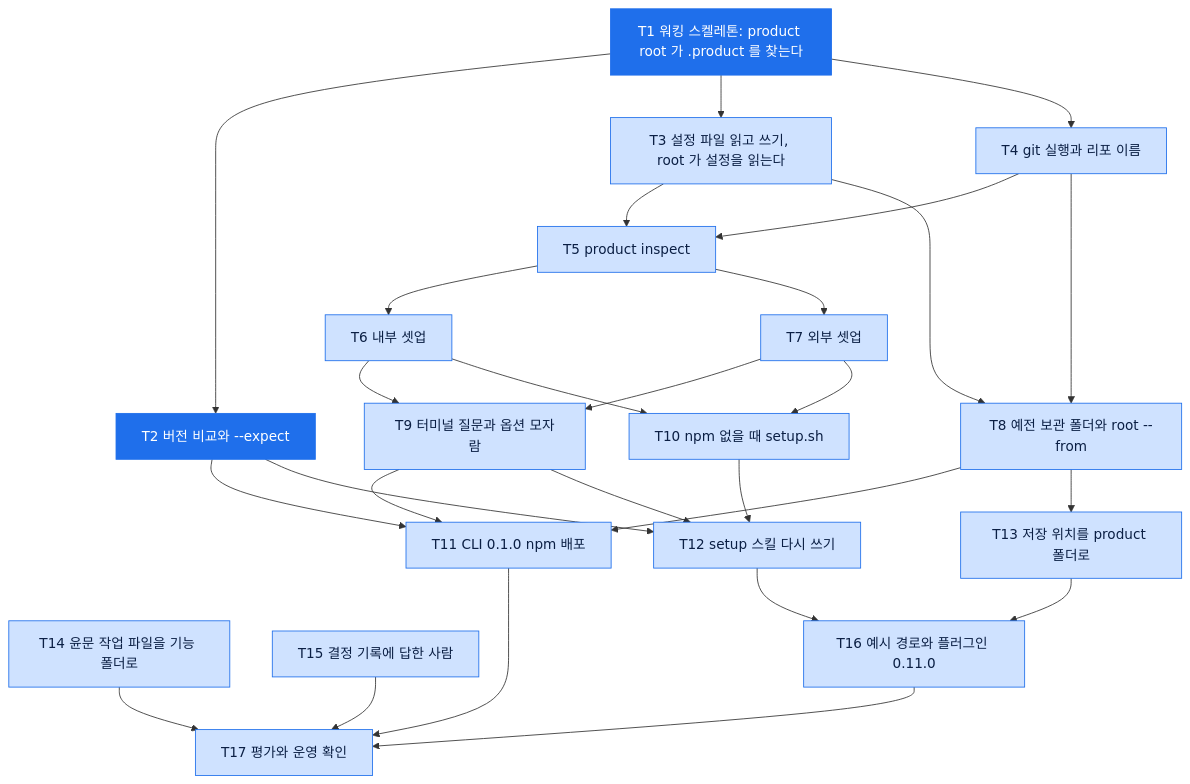
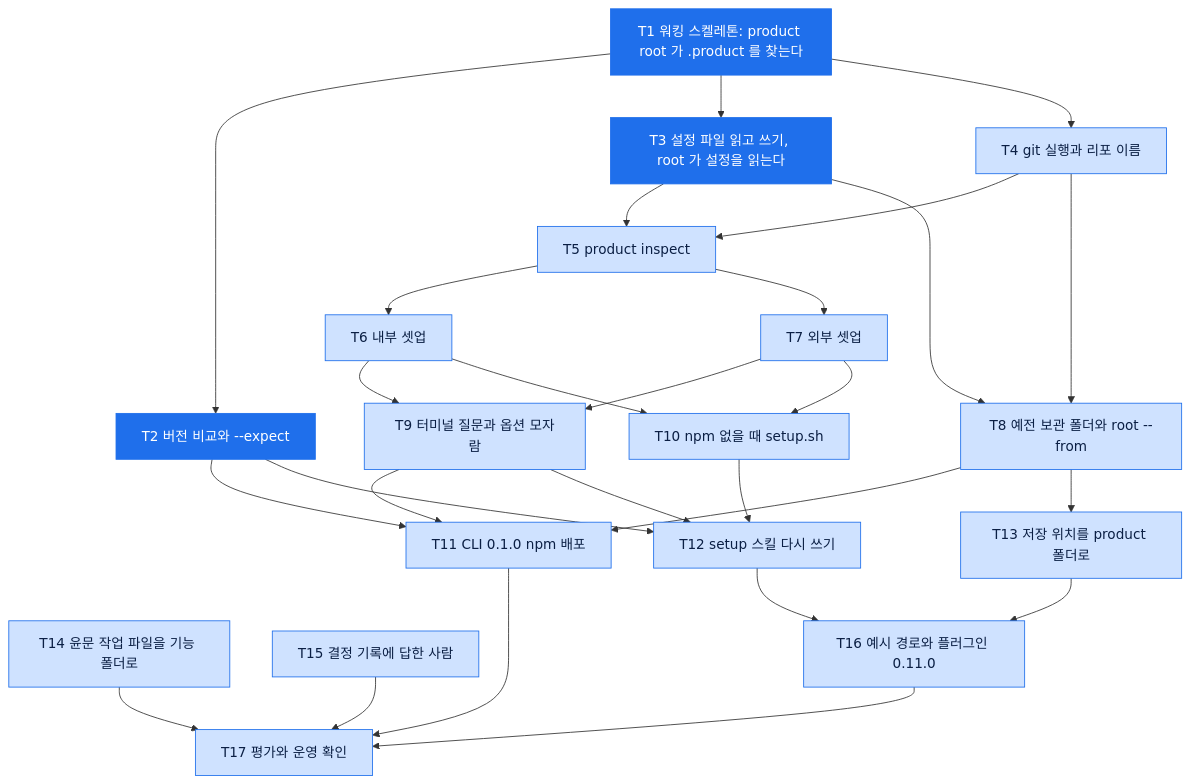
Before and after one commit to dorage/product-skills: the diagram in .product/features/261122_setup-method/tasks.md, drawn with Mermaid. The commit also changed other lines of this file and 4 other files, not shown here.

````diff
--- a/.product/features/261122_setup-method/tasks.md
+++ b/.product/features/261122_setup-method/tasks.md
@@ -7,50 +7,50 @@
 ```mermaid
 flowchart TD
     T1["T1 워킹 스켈레톤: product root 가 .product 를 찾는다"]
     T2["T2 버전 비교와 --expect"]
     T3["T3 설정 파일 읽고 쓰기, root 가 설정을 읽는다"]
     T4["T4 git 실행과 리포 이름"]
     T5["T5 product inspect"]
     T6["T6 내부 셋업"]
     T7["T7 외부 셋업"]
     T8["T8 예전 보관 폴더와 root --from"]
     T9["T9 터미널 질문과 옵션 모자람"]
     T10["T10 npm 없을 때 setup.sh"]
     T11["T11 CLI 0.1.0 npm 배포"]
     T12["T12 setup 스킬 다시 쓰기"]
     T13["T13 저장 위치를 product 폴더로"]
     T14["T14 윤문 작업 파일을 기능 폴더로"]
     T15["T15 결정 기록에 답한 사람"]
     T16["T16 예시 경로와 플러그인 0.11.0"]
     T17["T17 평가와 운영 확인"]
     T1 --> T2
     T1 --> T3
     T1 --> T4
     T3 --> T5
     T4 --> T5
     T5 --> T6
     T5 --> T7
     T3 --> T8
     T4 --> T8
     T6 --> T9
     T7 --> T9
     T6 --> T10
     T7 --> T10
     T2 --> T11
     T8 --> T11
     T9 --> T11
     T9 --> T12
     T10 --> T12
     T2 --> T12
     T8 --> T13
     T12 --> T16
     T13 --> T16
     T11 --> T17
     T14 --> T17
     T15 --> T17
     T16 --> T17
     classDef done fill:#1f6feb,stroke:#1f6feb,color:#ffffff
     classDef todo fill:#cfe2ff,stroke:#1f6feb,color:#0b1f44
-    class T1,T2 done
-    class T3,T4,T5,T6,T7,T8,T9,T10,T11,T12,T13,T14,T15,T16,T17 todo
+    class T1,T2,T3 done
+    class T4,T5,T6,T7,T8,T9,T10,T11,T12,T13,T14,T15,T16,T17 todo
 ```
````
